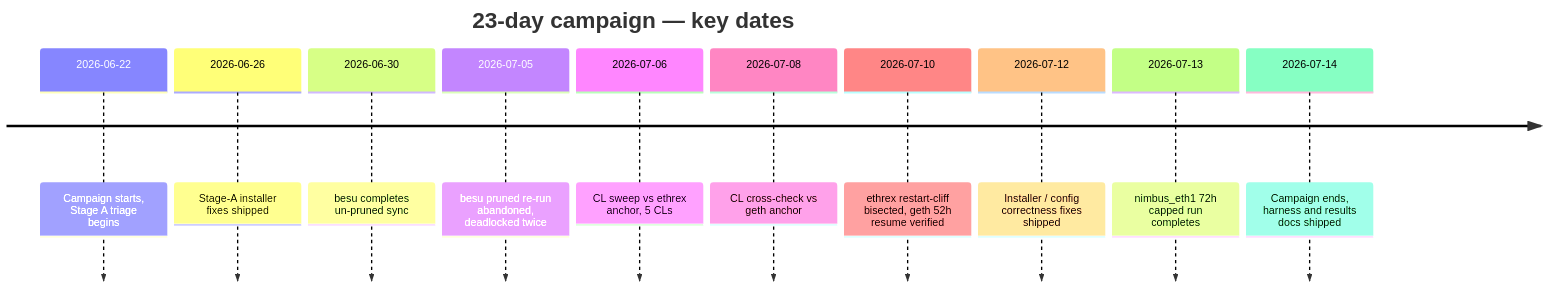
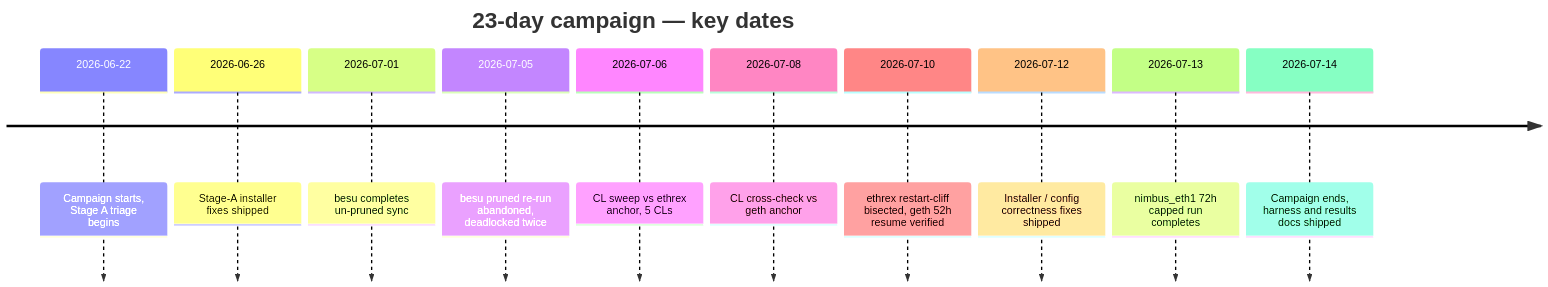
One commit to chimera-defi/eth2-quickstart changed the second of 5 diagrams in docs/HOW_WE_TESTED_WITH_CLAUDE.md. Above: the diagram before and after it, drawn with Mermaid. The commit also changed other lines of this file and 18 other files, not shown here.

````diff
--- a/docs/HOW_WE_TESTED_WITH_CLAUDE.md
+++ b/docs/HOW_WE_TESTED_WITH_CLAUDE.md
@@ -54,14 +54,14 @@
 ```mermaid
 timeline
     title 23-day campaign — key dates
     2026-06-22 : Campaign starts, Stage A triage begins
     2026-06-26 : Stage-A installer fixes shipped
-    2026-06-30 : besu completes un-pruned sync
+    2026-07-01 : besu completes un-pruned sync
     2026-07-05 : besu pruned re-run abandoned, deadlocked twice
     2026-07-06 : CL sweep vs ethrex anchor, 5 CLs
     2026-07-08 : CL cross-check vs geth anchor
     2026-07-10 : ethrex restart-cliff bisected, geth 52h resume verified
     2026-07-12 : Installer / config correctness fixes shipped
     2026-07-13 : nimbus_eth1 72h capped run completes
     2026-07-14 : Campaign ends, harness and results docs shipped
 ```
````
